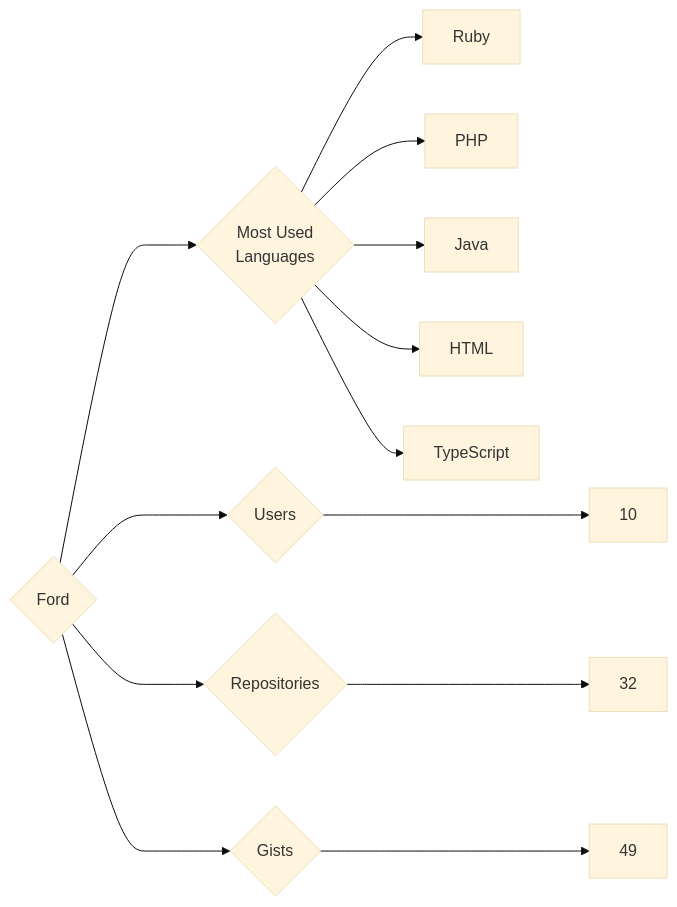
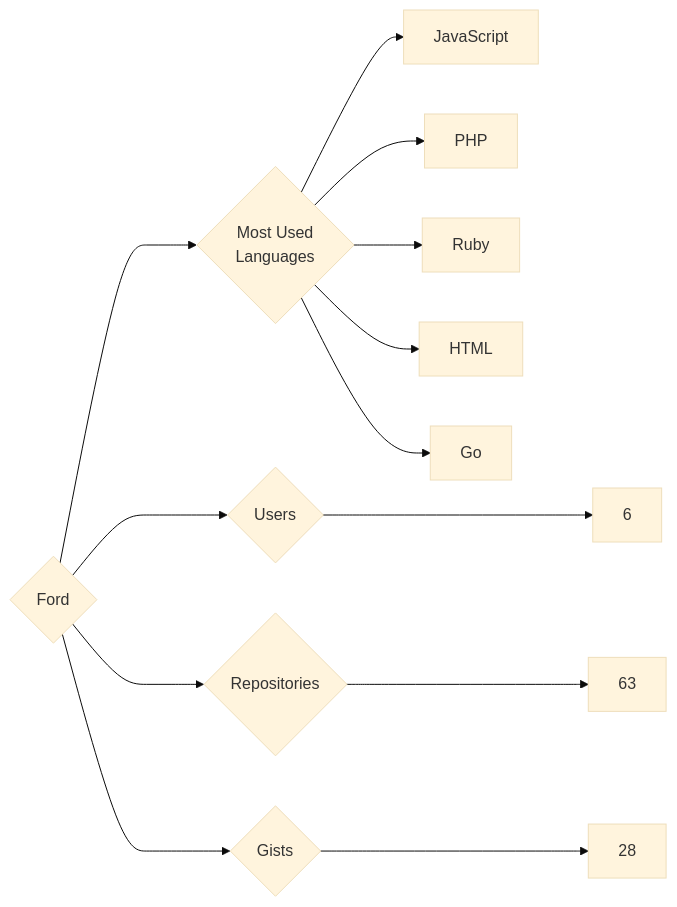
One commit to trickest/insiders changed the diagram in targets/Ford/README.md. Above: the diagram before and after it, drawn with Mermaid (base theme). The commit also changed 1123 other files, not shown here.

````diff
--- a/targets/Ford/README.md
+++ b/targets/Ford/README.md
@@ -3,13 +3,13 @@
 ```mermaid
 graph LR
 COMPANY_NAME{Ford}
-COMPANY_NAME ---> U{Users} ---> UN[10]
-COMPANY_NAME ---> R{Repositories} ---> RN[32]
-COMPANY_NAME ---> G{Gists} ---> GN[49]
+COMPANY_NAME ---> U{Users} ---> UN[6]
+COMPANY_NAME ---> R{Repositories} ---> RN[63]
+COMPANY_NAME ---> G{Gists} ---> GN[28]
 COMPANY_NAME ---> ML{Most Used<br>Languages}
+ML --> JavaScript[JavaScript]
+ML --> PHP[PHP]
 ML --> Ruby[Ruby]
-ML --> PHP[PHP]
-ML --> Java[Java]
 ML --> HTML[HTML]
-ML --> TypeScript[TypeScript]
+ML --> Go[Go]
 ```
````
